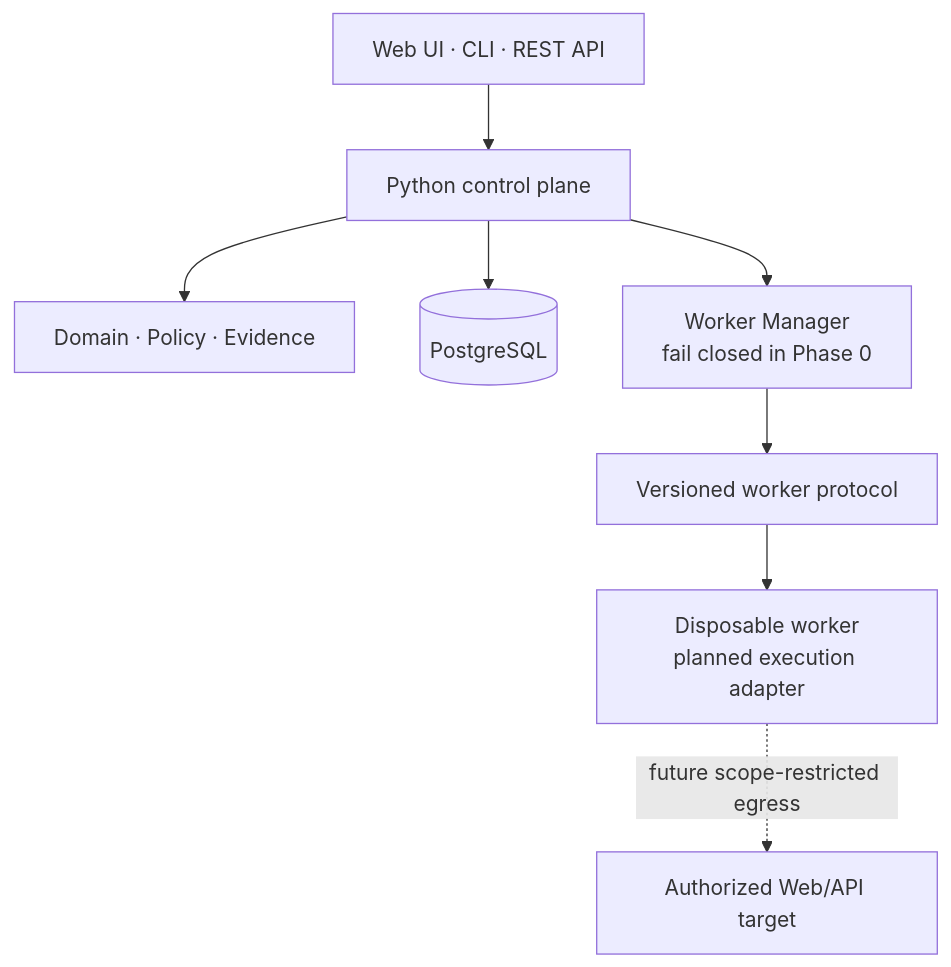
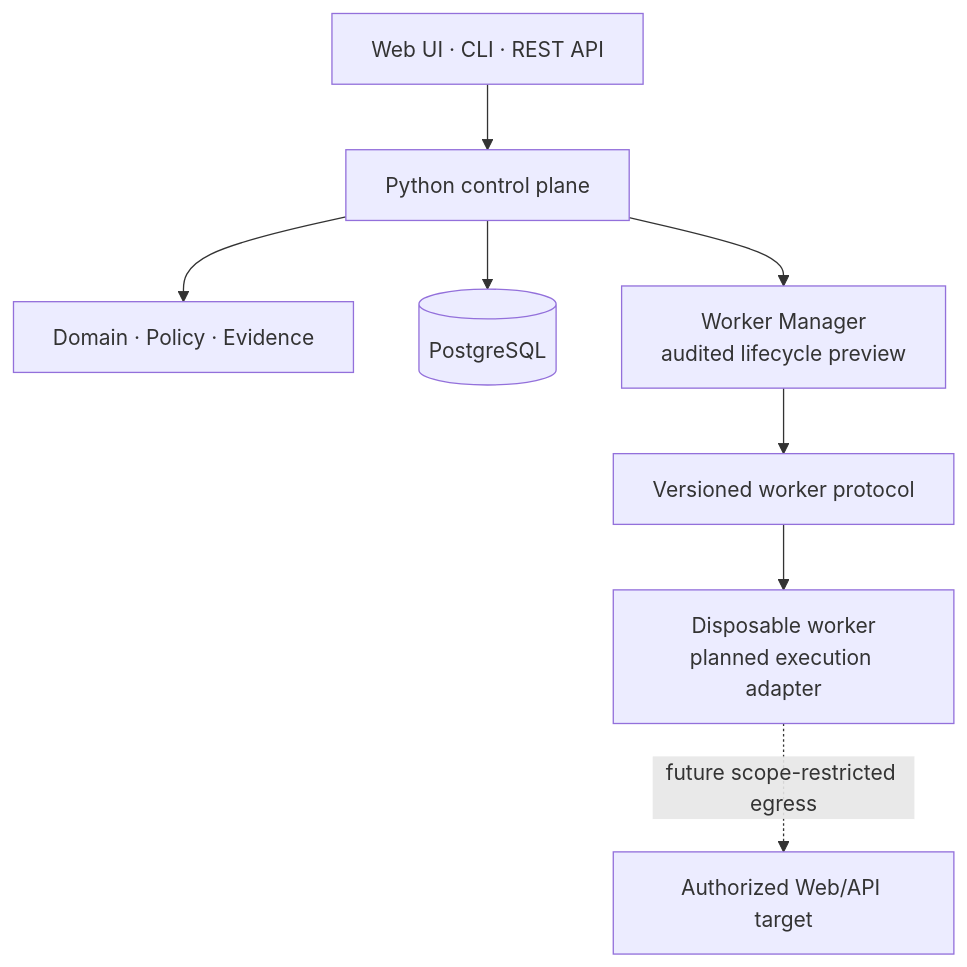
The diagram in README.md (and910805/vuln-proof-claw), drawn with Mermaid before and after one commit. The commit also changed other lines of this file and 28 other files, not shown here.

Commit message:
feat: add audited disposable worker lifecycle

````diff
--- a/README.md
+++ b/README.md
@@ -146,10 +146,10 @@
 ```mermaid
 flowchart TD
     Clients["Web UI · CLI · REST API"] --> Control["Python control plane"]
     Control --> Domain["Domain · Policy · Evidence"]
     Control --> Database[("PostgreSQL")]
-    Control --> Manager["Worker Manager<br/>fail closed in Phase 0"]
+    Control --> Manager["Worker Manager<br/>audited lifecycle preview"]
     Manager --> Protocol["Versioned worker protocol"]
     Protocol --> Worker["Disposable worker<br/>planned execution adapter"]
     Worker -. "future scope-restricted egress" .-> Target["Authorized Web/API target"]
 ```
````
